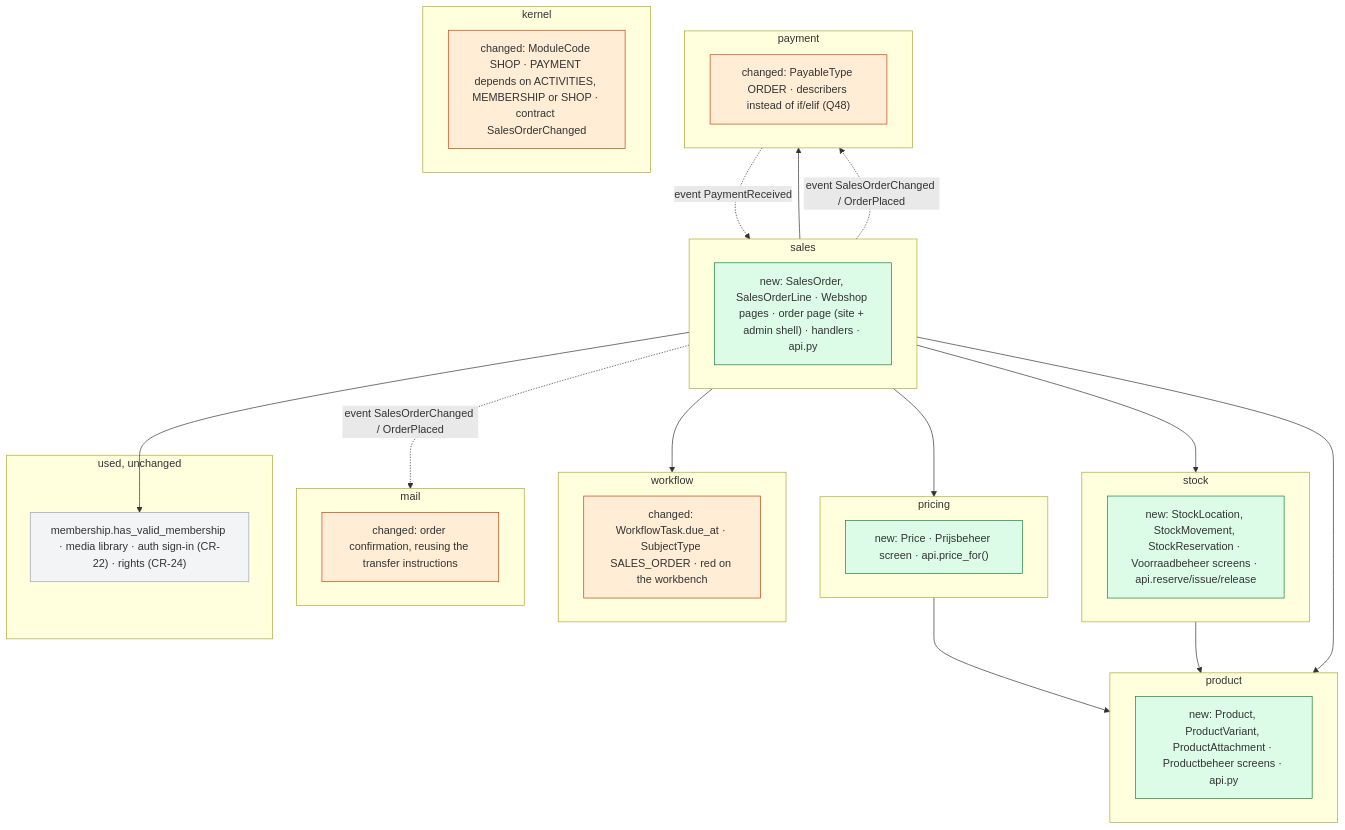
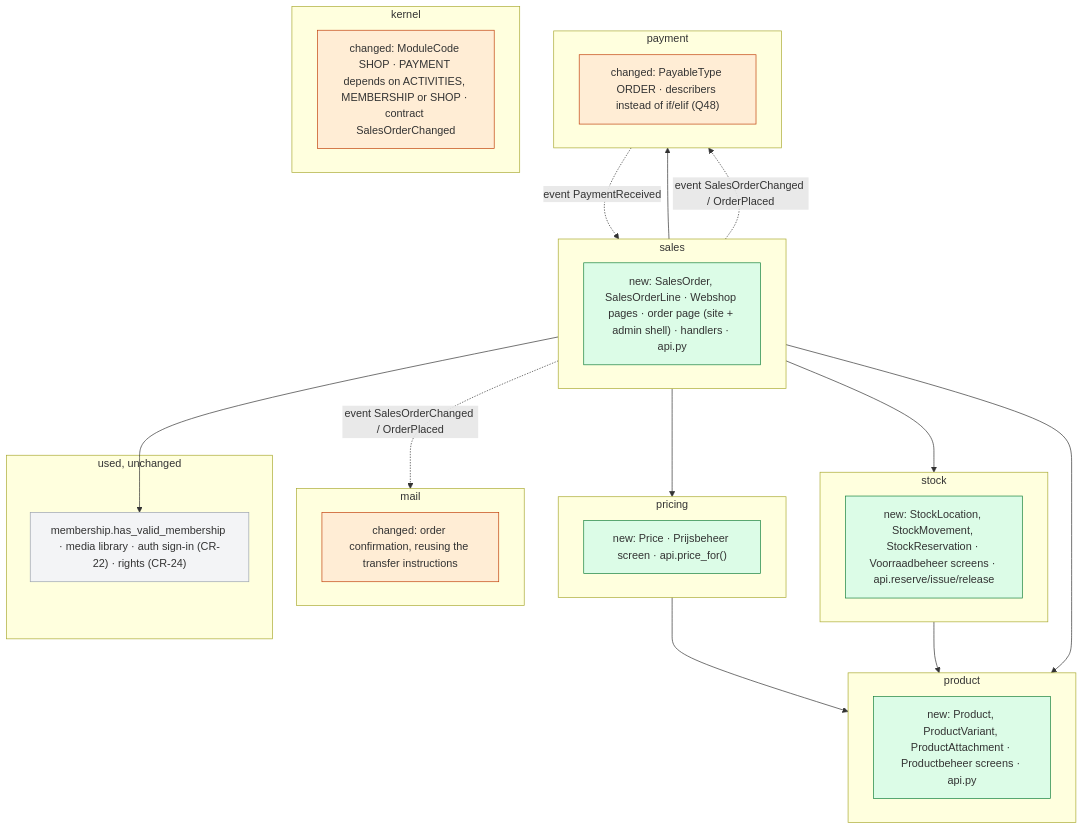
The fourth of 5 diagrams in docs/change_request_21_shop.md (KoenRenders/KoenTest), drawn with Mermaid before and after one commit. The commit also changed other lines of this file, not shown here.

First line of the commit message:
CR-21 webshop: workbench tasks split off into CR-28 (Q56); Verkoop's list and Boekhouding's confirmation stay

````diff
--- a/docs/change_request_21_shop.md
+++ b/docs/change_request_21_shop.md
@@ -470,39 +466,36 @@
 ```mermaid
 flowchart TB
   subgraph product
     pn["new: Product, ProductVariant, ProductAttachment · Productbeheer screens · api.py"]:::new
   end
   subgraph pricing
     prn["new: Price · Prijsbeheer screen · api.price_for()"]:::new
   end
   subgraph stock
     sn["new: StockLocation, StockMovement, StockReservation · Voorraadbeheer screens · api.reserve/issue/release"]:::new
   end
   subgraph sales
     san["new: SalesOrder, SalesOrderLine · Webshop pages · order page (site + admin shell) · handlers · api.py"]:::new
   end
   subgraph payment
     pac["changed: PayableType ORDER · describers instead of if/elif (Q48)"]:::chg
   end
-  subgraph workflow
-    wc["changed: WorkflowTask.due_at · SubjectType SALES_ORDER · red on the workbench"]:::chg
-  end
   subgraph mail
     mc["changed: order confirmation, reusing the transfer instructions"]:::chg
   end
   subgraph kernel
     kc["changed: ModuleCode SHOP · PAYMENT depends on ACTIVITIES, MEMBERSHIP or SHOP · contract SalesOrderChanged"]:::chg
   end
   subgraph used["used, unchanged"]
     u["membership.has_valid_membership · media library · auth sign-in (CR-22) · rights (CR-24)"]:::same
   end
   pricing --> product
   stock --> product
-  sales --> product & pricing & stock & payment & workflow
+  sales --> product & pricing & stock & payment
   sales --> u
   payment -. event PaymentReceived .-> sales
   sales -. event SalesOrderChanged / OrderPlaced .-> payment & mail
   classDef new fill:#dcfce7,stroke:#15803d
   classDef chg fill:#ffedd5,stroke:#c2410c
   classDef same fill:#f3f4f6,stroke:#9ca3af
 ```
````
